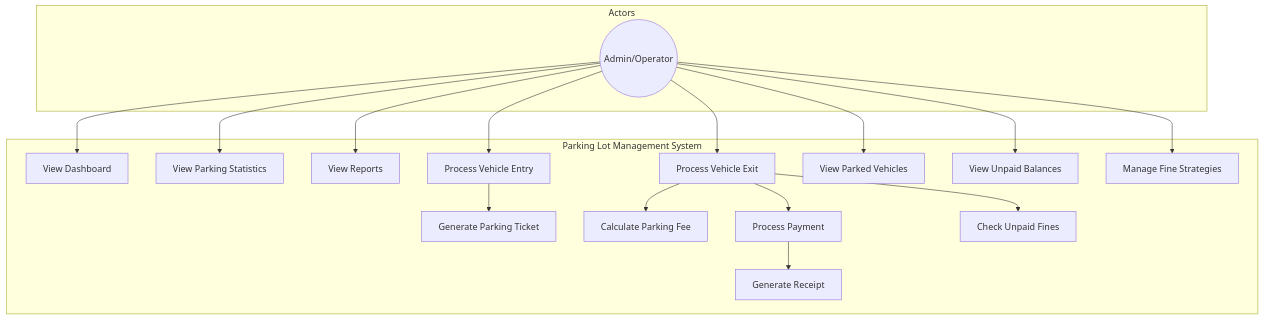
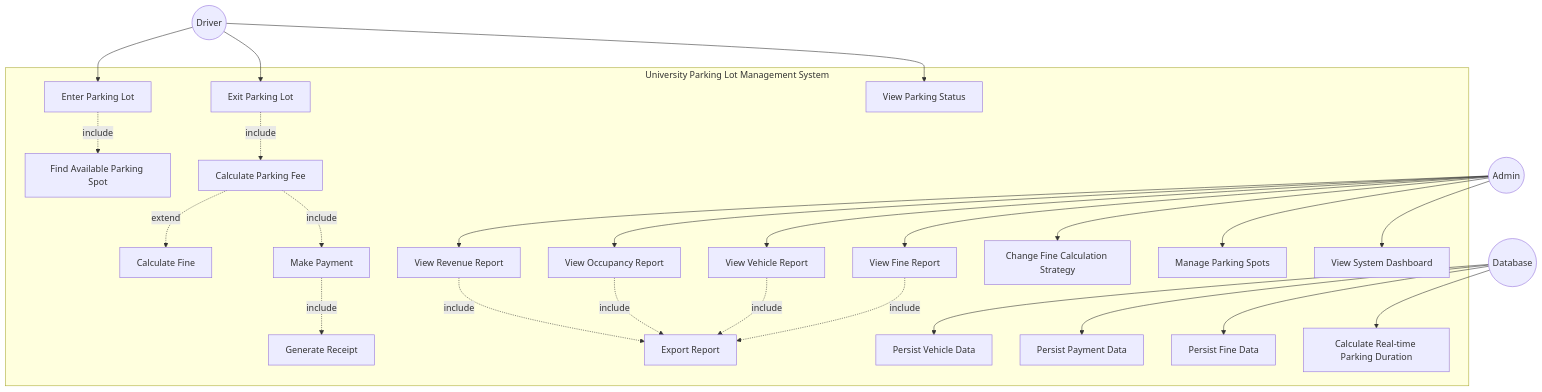
One commit to Jinyuanmak/OOAD-Assignment changed diagram 16 of 19 in UML_DIAGRAMS.md. Above: the diagram before and after it, drawn with Mermaid. The commit also changed other lines of this file and 11 other files, not shown here.

````diff
--- a/UML_DIAGRAMS.md
+++ b/UML_DIAGRAMS.md
@@ -686,37 +688,55 @@
 ```mermaid
-flowchart TB
-    subgraph Actors
-        Admin((Admin/Operator))
+graph TB
+    subgraph System[University Parking Lot Management System]
+        UC1[Enter Parking Lot]
+        UC2[Find Available Parking Spot]
+        UC3[Exit Parking Lot]
+        UC4[Calculate Parking Fee]
+        UC5[Calculate Fine]
+        UC6[Make Payment]
+        UC7[Generate Receipt]
+        UC8[View Parking Status]
+        UC9[View Revenue Report]
+        UC10[View Occupancy Report]
+        UC11[View Vehicle Report]
+        UC12[View Fine Report]
+        UC13[Export Report]
+        UC14[Change Fine Calculation Strategy]
+        UC15[Manage Parking Spots]
+        UC16[View System Dashboard]
+        UC17[Persist Vehicle Data]
+        UC18[Persist Payment Data]
+        UC19[Persist Fine Data]
+        UC20[Calculate Real-time Parking Duration]
     end
-
-    subgraph "Parking Lot Management System"
-        UC1[View Dashboard]
-        UC2[View Parking Statistics]
-        UC3[View Reports]
-        UC4[Process Vehicle Entry]
-        UC5[Generate Parking Ticket]
-        UC6[Process Vehicle Exit]
-        UC7[Calculate Parking Fee]
-        UC8[Process Payment]
-        UC9[Check Unpaid Fines]
-        UC10[Generate Receipt]
-        UC11[View Parked Vehicles]
-        UC12[View Unpaid Balances]
-        UC13[Manage Fine Strategies]
-    end
-
-    Admin --> UC1
-    Admin --> UC2
-    Admin --> UC3
-    Admin --> UC4
-    Admin --> UC6
+    
+    Driver((Driver))
+    Admin((Admin))
+    Database((Database))
+    
+    Driver --> UC1
+    UC1 -.->|include| UC2
+    Driver --> UC3
+    UC3 -.->|include| UC4
+    UC4 -.->|extend| UC5
+    UC4 -.->|include| UC6
+    UC6 -.->|include| UC7
+    Driver --> UC8
+    
+    Admin --> UC9
+    Admin --> UC10
     Admin --> UC11
     Admin --> UC12
-    Admin --> UC13
-
-    UC4 --> UC5
-    UC6 --> UC7
-    UC6 --> UC9
-    UC6 --> UC8
-    UC8 --> UC10
+    UC9 -.->|include| UC13
+    UC10 -.->|include| UC13
+    UC11 -.->|include| UC13
+    UC12 -.->|include| UC13
+    Admin --> UC14
+    Admin --> UC15
+    Admin --> UC16
+    
+    Database --> UC17
+    Database --> UC18
+    Database --> UC19
+    Database --> UC20
 ```
````
